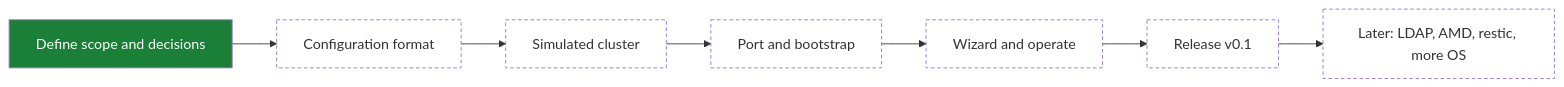
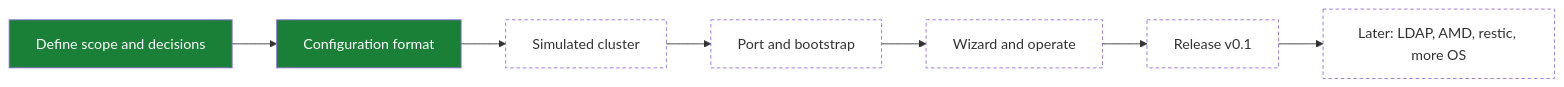
The first of 2 diagrams in PROJECT.md (enajx/nanoHPC), drawn with Mermaid before and after one commit. The commit also changed other lines of this file, not shown here.

First line of the commit message:
Update project status after the configuration milestone

````diff
--- a/PROJECT.md
+++ b/PROJECT.md
@@ -34,13 +34,13 @@
 ```mermaid
 flowchart LR
   classDef done fill:#1a7f37,color:#fff
   classDef wip fill:#d4a72c,color:#000
   classDef queued fill:none,stroke-dasharray:4 3
 
-  P1[Define scope and decisions]:::done --> P2[Configuration format]:::queued
+  P1[Define scope and decisions]:::done --> P2[Configuration format]:::done
   P2 --> P3[Simulated cluster]:::queued
   P3 --> P4[Port and bootstrap]:::queued
   P4 --> P5[Wizard and operate]:::queued
   P5 --> P6[Release v0.1]:::queued
   P6 --> P7[Later: LDAP, AMD, restic, more OS]:::queued
 ```
````
